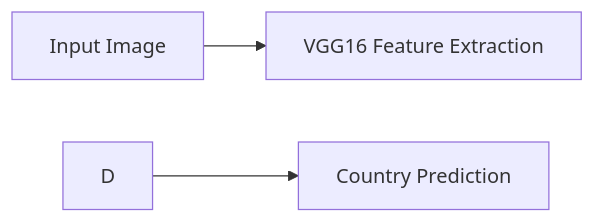
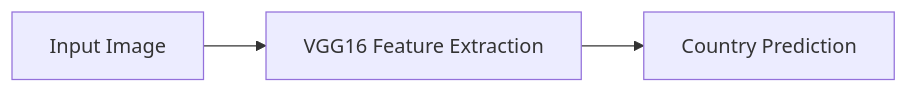
One commit to 7mgppp1903/flag-classification-VGG16 changed the diagram in README.md. Above: the diagram before and after it, drawn with Mermaid.

````diff
--- a/README.md
+++ b/README.md
@@ -22,6 +22,5 @@
 ```mermaid
 graph LR
-A[Input Image] --> B[VGG16 Feature Extraction]
-D --> E[Country Prediction]
+A[Input Image] --> B[VGG16 Feature Extraction]--> C[Country Prediction]
 
 ```
````
